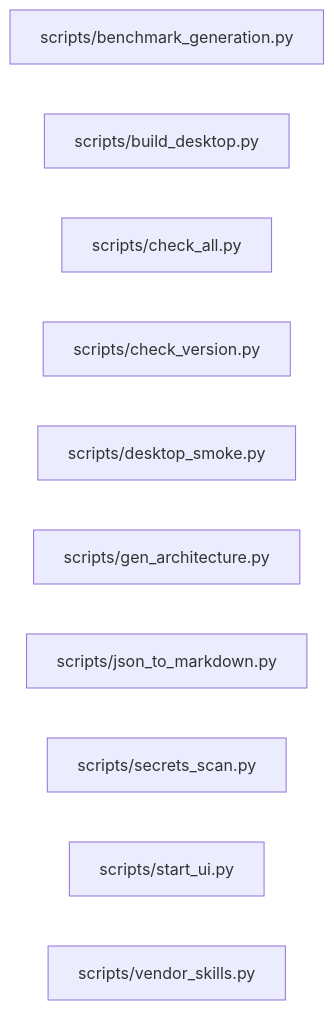
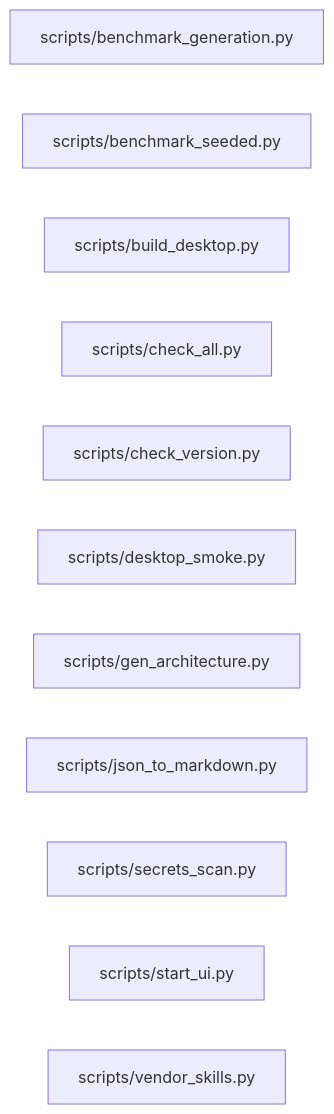
One commit to sarveshtalele/maf-harness-testing changed diagram 16 of 21 in docs/ARCHITECTURE_MAP.md. Above: the diagram before and after it, drawn with Mermaid. The commit also changed other lines of this file and 6 other files, not shown here.

First line of the commit message:
docs(plan): design-only Agentic QE platform on MAF; seeded-bug benchmark

````diff
--- a/docs/ARCHITECTURE_MAP.md
+++ b/docs/ARCHITECTURE_MAP.md
@@ -496,13 +496,14 @@
 ```mermaid
 flowchart LR
   f0["scripts/benchmark_generation.py"]
-  f1["scripts/build_desktop.py"]
-  f2["scripts/check_all.py"]
-  f3["scripts/check_version.py"]
-  f4["scripts/desktop_smoke.py"]
-  f5["scripts/gen_architecture.py"]
-  f6["scripts/json_to_markdown.py"]
-  f7["scripts/secrets_scan.py"]
-  f8["scripts/start_ui.py"]
-  f9["scripts/vendor_skills.py"]
+  f1["scripts/benchmark_seeded.py"]
+  f2["scripts/build_desktop.py"]
+  f3["scripts/check_all.py"]
+  f4["scripts/check_version.py"]
+  f5["scripts/desktop_smoke.py"]
+  f6["scripts/gen_architecture.py"]
+  f7["scripts/json_to_markdown.py"]
+  f8["scripts/secrets_scan.py"]
+  f9["scripts/start_ui.py"]
+  f10["scripts/vendor_skills.py"]
 ```
````
